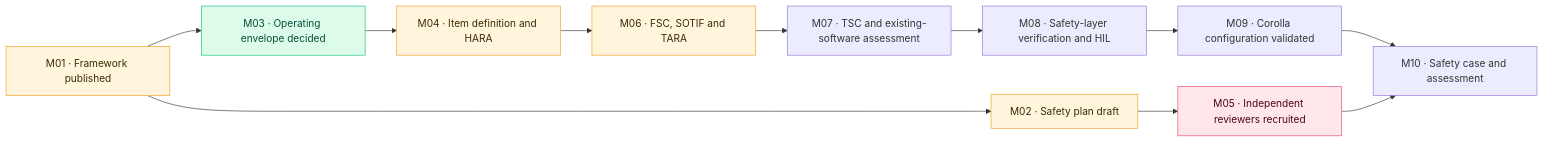
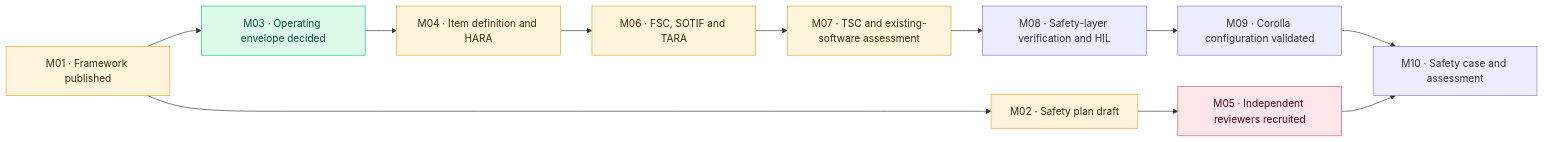
The diagram in docs/safety/platform/safety-plan/README.md (jherrodthomas/LionDriver), drawn with Mermaid before and after one commit. The commit also changed other lines of this file and 11 other files, not shown here.

````diff
--- a/docs/safety/platform/safety-plan/README.md
+++ b/docs/safety/platform/safety-plan/README.md
@@ -72,20 +72,20 @@
 ```mermaid
 flowchart LR
     M01["M01 · Framework published"] --> M02["M02 · Safety plan draft"]
     M01 --> M03["M03 · Operating envelope decided"]
     M03 --> M04["M04 · Item definition and HARA"]
     M02 --> M05["M05 · Independent reviewers recruited"]
     M04 --> M06["M06 · FSC, SOTIF and TARA"]
     M06 --> M07["M07 · TSC and existing-software assessment"]
     M07 --> M08["M08 · Safety-layer verification and HIL"]
     M08 --> M09["M09 · Corolla configuration validated"]
     M09 --> M10["M10 · Safety case and assessment"]
     M05 --> M10
 
     classDef wip fill:#FFF4DC,stroke:#F29F1F,color:#3A2A05
     classDef block fill:#FFE6EB,stroke:#E5486A,color:#4C0519
     classDef done fill:#DCFCE9,stroke:#10B981,color:#064E3B
-    class M01,M02,M04,M06 wip
+    class M01,M02,M04,M06,M07 wip
     class M03 done
     class M05 block
 ```
````
